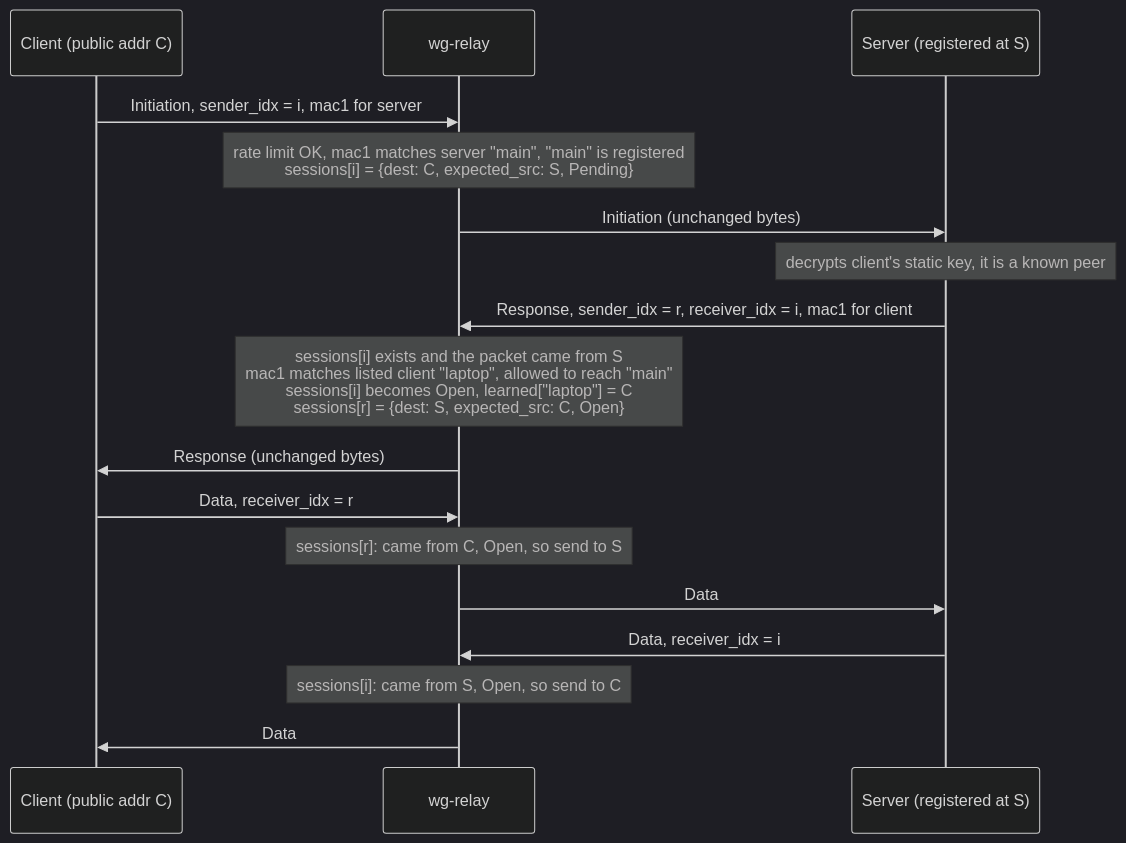
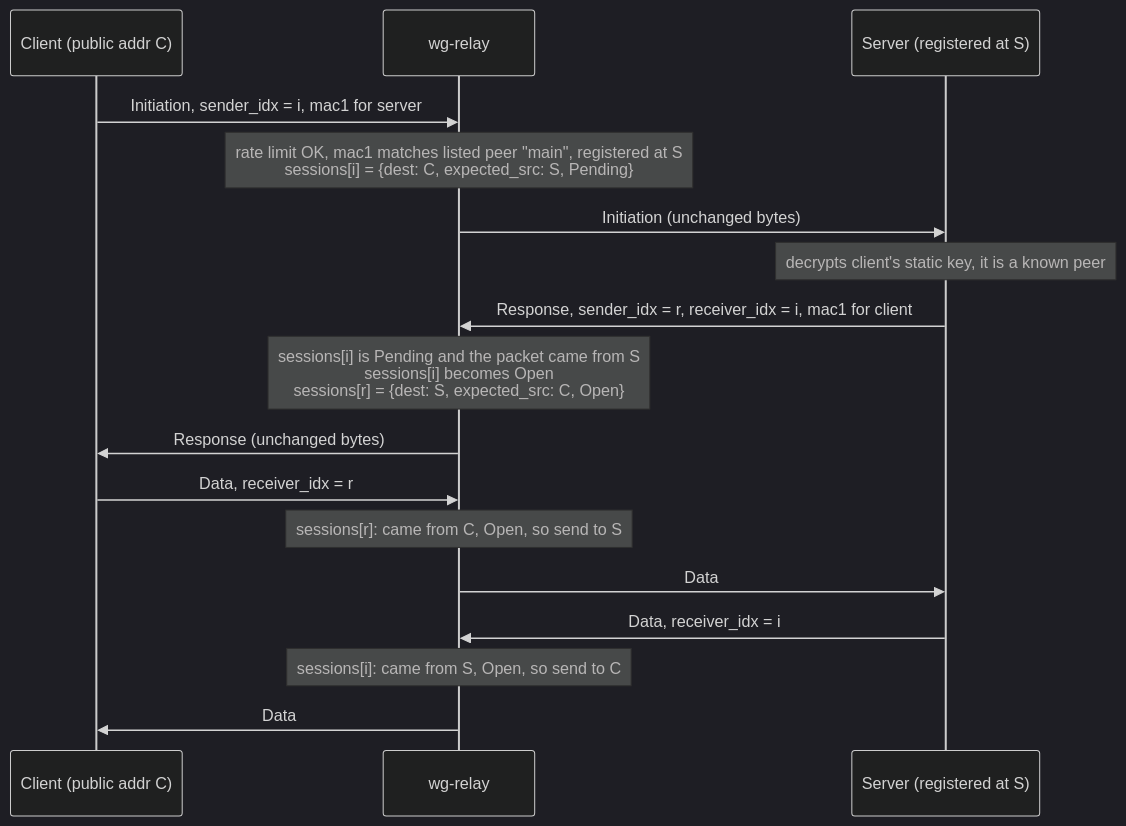
One commit to 3alpha/wg-relay changed the tenth of 22 diagrams in docs/how-it-works.md. Above: the diagram before and after it, drawn with Mermaid (dark theme). The commit also changed other lines of this file and 16 other files, not shown here.

````diff
--- a/docs/how-it-works.md
+++ b/docs/how-it-works.md
@@ -354,19 +353,19 @@
 ```mermaid
 sequenceDiagram
     participant C as Client (public addr C)
     participant R as wg-relay
     participant S as Server (registered at S)
     C->>R: Initiation, sender_idx = i, mac1 for server
-    Note over R: rate limit OK, mac1 matches server "main", "main" is registered<br/>sessions[i] = {dest: C, expected_src: S, Pending}
+    Note over R: rate limit OK, mac1 matches listed peer "main", registered at S<br/>sessions[i] = {dest: C, expected_src: S, Pending}
     R->>S: Initiation (unchanged bytes)
     Note over S: decrypts client's static key, it is a known peer
     S->>R: Response, sender_idx = r, receiver_idx = i, mac1 for client
-    Note over R: sessions[i] exists and the packet came from S<br/>mac1 matches listed client "laptop", allowed to reach "main"<br/>sessions[i] becomes Open, learned["laptop"] = C<br/>sessions[r] = {dest: S, expected_src: C, Open}
+    Note over R: sessions[i] is Pending and the packet came from S<br/>sessions[i] becomes Open<br/>sessions[r] = {dest: S, expected_src: C, Open}
     R->>C: Response (unchanged bytes)
     C->>R: Data, receiver_idx = r
     Note over R: sessions[r]: came from C, Open, so send to S
     R->>S: Data
     S->>R: Data, receiver_idx = i
     Note over R: sessions[i]: came from S, Open, so send to C
     R->>C: Data
 ```
````
